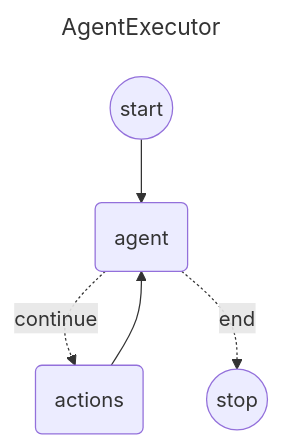
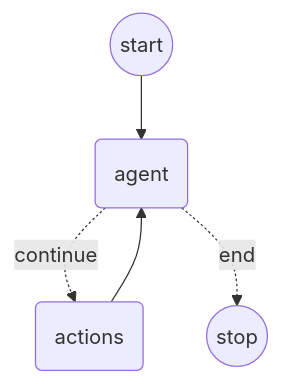
Before and after one commit to langgraph4j/langgraph4j: the first of 2 diagrams in spring-ai/spring-ai-agent/README.md, drawn with Mermaid. The commit also changed other lines of this file and 11 other files, not shown here.

````diff
--- a/spring-ai/spring-ai-agent/README.md
+++ b/spring-ai/spring-ai-agent/README.md
@@ -14,22 +16,19 @@
 ```mermaid
----
-title: AgentExecutor
----
 flowchart TD
 	__START__((start))
 	__END__((stop))
 	agent("agent")
 	action("actions")
 	%%	condition1{"check state"}
 	__START__:::__START__ --> agent:::agent
 	%%	agent:::agent -.-> condition1:::condition1
 	%%	condition1:::condition1 -.->|continue| action:::action
 	agent:::agent -.->|continue| action:::action
 	%%	condition1:::condition1 -.->|end| __END__:::__END__
 	agent:::agent -.->|end| __END__:::__END__
 	action:::action --> agent:::agent
 
 	classDef ___START__ fill:black,stroke-width:1px,font-size:xx-small;
 	classDef ___END__ fill:black,stroke-width:1px,font-size:xx-small;
 
 ```
````
